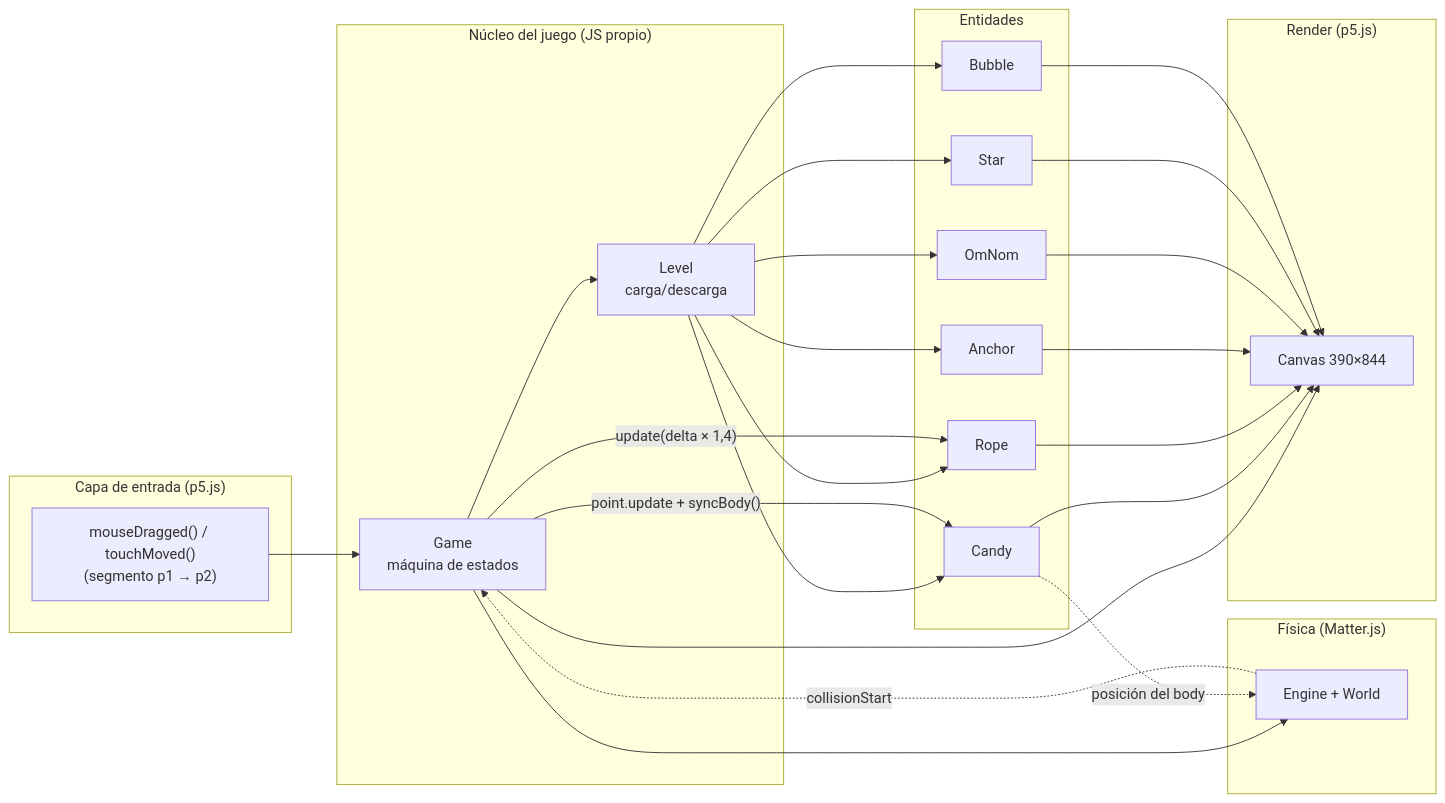
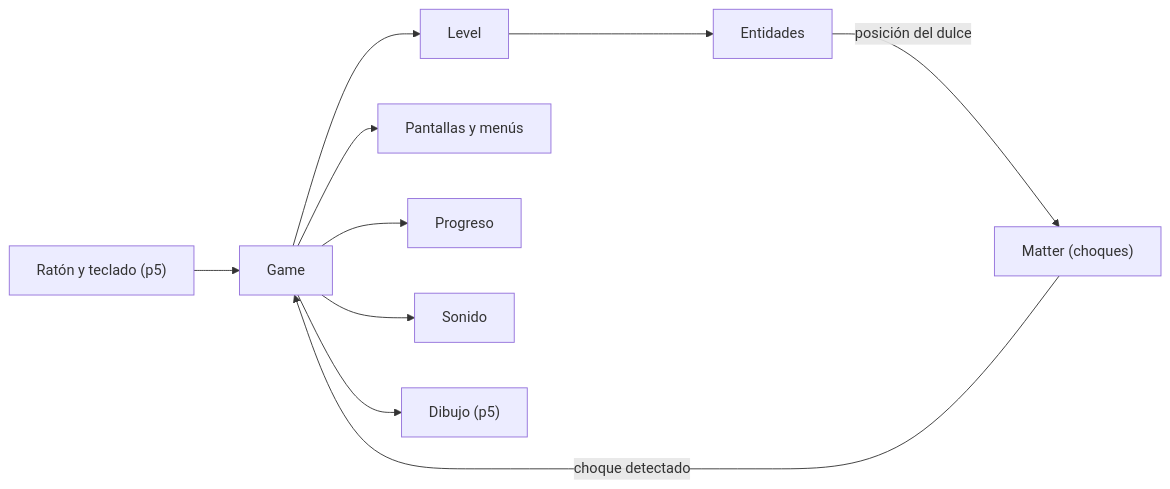
Before and after one commit to ShryhakAkizuki/Cut_The_Rope-Visual_Computing_2026-II: the first of 2 diagrams in docs/arquitectura-mvp.md, drawn with Mermaid. The commit also changed other lines of this file and 32 other files, not shown here.

````diff
--- a/docs/arquitectura-mvp.md
+++ b/docs/arquitectura-mvp.md
@@ -34,49 +22,11 @@
 ```mermaid
 flowchart LR
-    subgraph INPUT["Capa de entrada (p5.js)"]
-        M["mouseDragged() / touchMoved()<br/>(segmento p1 → p2)"]
-    end
-
-    subgraph CORE["Núcleo del juego (JS propio)"]
-        G["Game<br/>máquina de estados"]
-        L["Level<br/>carga/descarga"]
-    end
-
-    subgraph ENT["Entidades"]
-        C["Candy"]
-        A["Anchor"]
-        R["Rope"]
-        MO["OmNom"]
-        S["Star"]
-        BU["Bubble"]
-    end
-
-    subgraph PHYS["Física (Matter.js)"]
-        E["Engine + World"]
-    end
-
-    subgraph RENDER["Render (p5.js)"]
-        CV["Canvas 390×844"]
-    end
-
-    M --> G
-    G --> L
-    L --> C
-    L --> A
-    L --> R
-    L --> MO
-    L --> S
-    L --> BU
-    G --> E
-    G -- "update(delta × 1,4)" --> R
-    G -- "point.update + syncBody()" --> C
-    C -. "posición del body" .-> E
-    E -. "collisionStart" .-> G
-    G --> CV
-    C --> CV
-    R --> CV
-    A --> CV
-    MO --> CV
-    S --> CV
-    BU --> CV
+    IN["Ratón y teclado (p5)"] --> G["Game"]
+    G --> L["Level"] --> E["Entidades"]
+    G --> U["Pantallas y menús"]
+    G --> PS["Progreso"]
+    G --> SND["Sonido"]
+    E -- "posición del dulce" --> MX["Matter (choques)"]
+    MX -- "choque detectado" --> G
+    G --> DR["Dibujo (p5)"]
 ```
````
